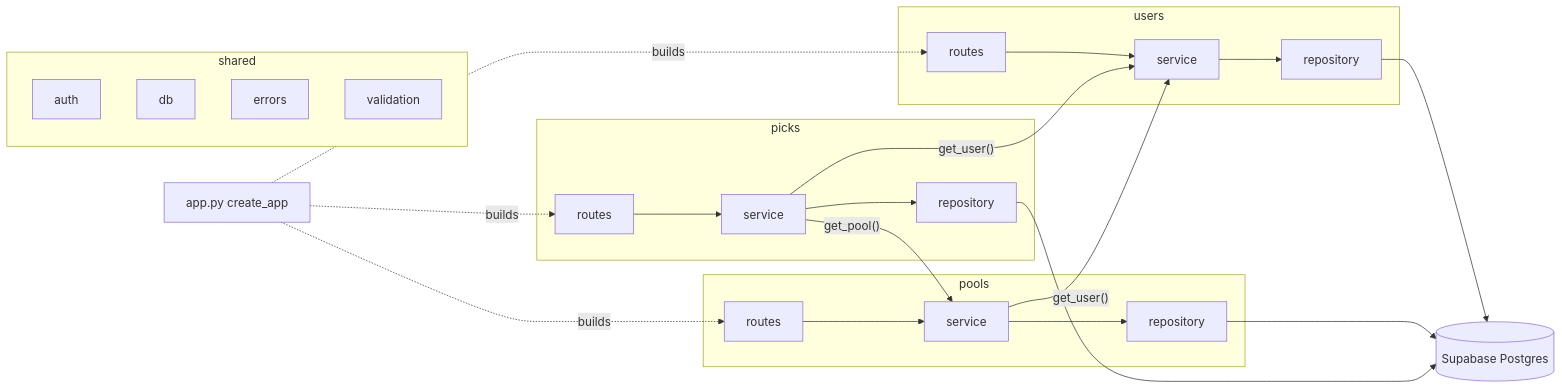
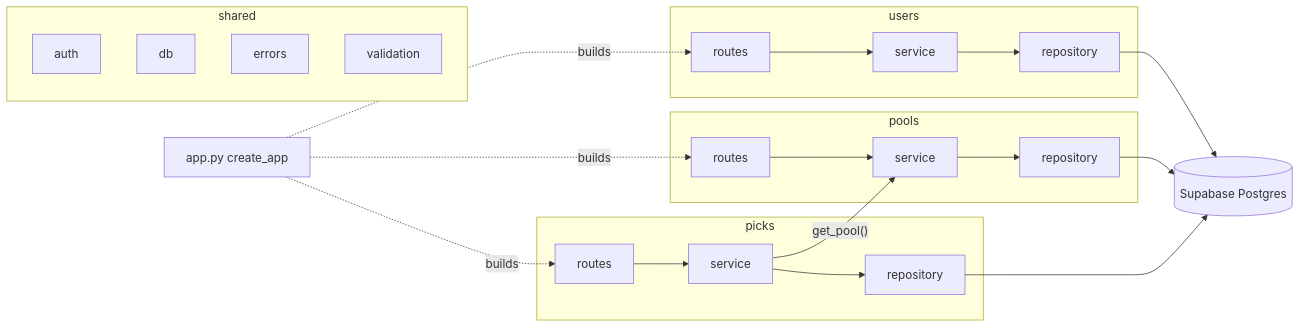
The first of 4 diagrams in docs/architecture.md (MESW-LES-2627/les-project-group-8), drawn with Mermaid before and after one commit. The commit also changed other lines of this file and 8 other files, not shown here.

Commit message:
docs: align pool and bet requirements, API and architecture

````diff
--- a/docs/architecture.md
+++ b/docs/architecture.md
@@ -40,28 +40,26 @@
 ```mermaid
 flowchart LR
   App["app.py create_app"]
   subgraph usersModule [users]
     UR[routes] --> US[service] --> URepo[repository]
   end
   subgraph poolsModule [pools]
     PR[routes] --> PS[service] --> PRepo[repository]
   end
   subgraph picksModule [picks]
     PKR[routes] --> PKS[service] --> PKRepo[repository]
   end
   subgraph sharedModule [shared]
     AUTH[auth]
     DB[db]
     ERR[errors]
     VAL[validation]
   end
   App -.builds.-> UR
   App -.builds.-> PR
   App -.builds.-> PKR
-  PS -->|"get_user()"| US
   PKS -->|"get_pool()"| PS
-  PKS -->|"get_user()"| US
   URepo --> Supabase[(Supabase Postgres)]
   PRepo --> Supabase
   PKRepo --> Supabase
 ```
````
